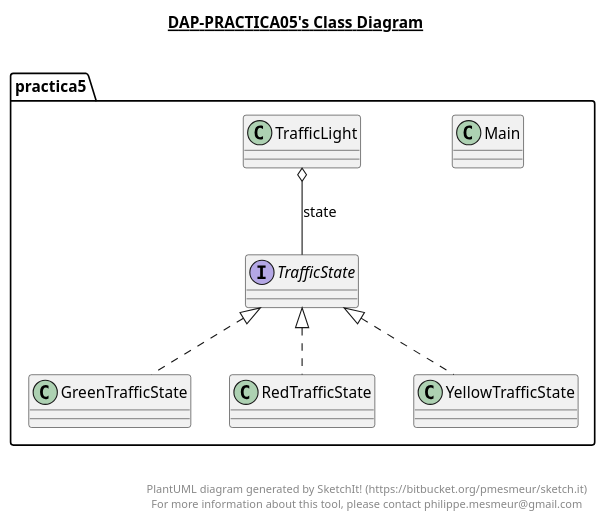
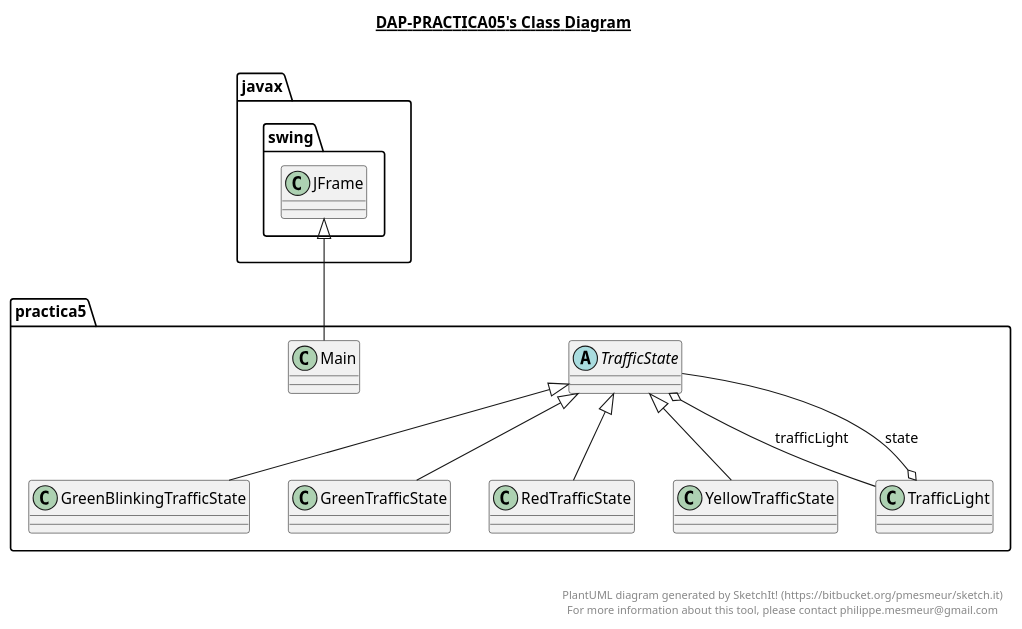
The diagram in DAP-Practica05.plantuml (Diegodmbot/ULL-DAP-Practica05), drawn with PlantUML before and after one commit. The commit also changed 4 other files, not shown here.

```diff
--- a/DAP-Practica05.plantuml
+++ b/DAP-Practica05.plantuml
@@ -1,54 +1,63 @@
 @startuml
 
 title __DAP-PRACTICA05's Class Diagram__\n
+
+  namespace practica5 {
+    class practica5.GreenBlinkingTrafficState {
+    }
+  }
+  
 
   namespace practica5 {
     class practica5.GreenTrafficState {
     }
   }
   
 
   namespace practica5 {
     class practica5.Main {
     }
   }
   
 
   namespace practica5 {
     class practica5.RedTrafficState {
     }
   }
   
 
   namespace practica5 {
     class practica5.TrafficLight {
     }
   }
   
 
   namespace practica5 {
-    interface practica5.TrafficState {
+    abstract class practica5.TrafficState {
     }
   }
   
 
   namespace practica5 {
     class practica5.YellowTrafficState {
     }
   }
   
 
-  practica5.GreenTrafficState .up.|> practica5.TrafficState
-  practica5.RedTrafficState .up.|> practica5.TrafficState
+  practica5.GreenBlinkingTrafficState -up-|> practica5.TrafficState
+  practica5.GreenTrafficState -up-|> practica5.TrafficState
+  practica5.Main -up-|> javax.swing.JFrame
+  practica5.RedTrafficState -up-|> practica5.TrafficState
   practica5.TrafficLight o-- practica5.TrafficState : state
-  practica5.YellowTrafficState .up.|> practica5.TrafficState
+  practica5.TrafficState o-- practica5.TrafficLight : trafficLight
+  practica5.YellowTrafficState -up-|> practica5.TrafficState
 
 
 right footer
 
 
 PlantUML diagram generated by SketchIt! (https://bitbucket.org/pmesmeur/sketch.it)
 For more information about this tool, please contact philippe.mesmeur@gmail.com
 endfooter
 
 @enduml
```
